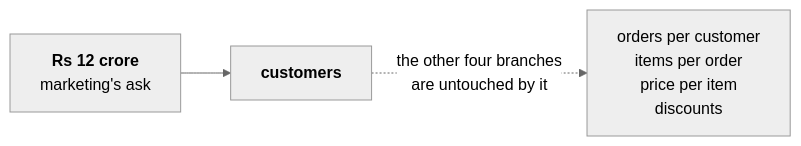
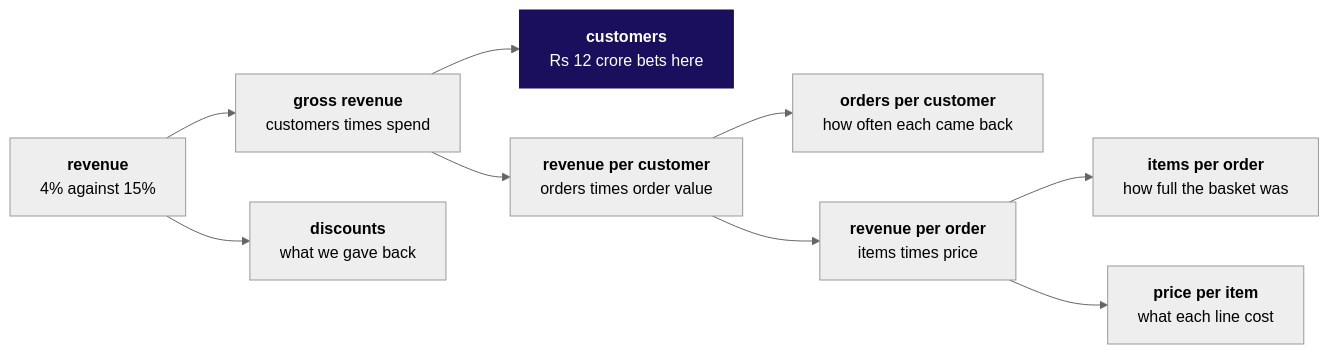
One commit to fde-academy-lab/c2-content-factory changed the fourth of 7 diagrams in content/W01/D1/slides/C2_W01_D01_half1_STUDENT.md. Above: the diagram before and after it, drawn with Mermaid (neutral theme). The commit also changed other lines of this file and 3 other files, not shown here.

````diff
--- a/content/W01/D1/slides/C2_W01_D01_half1_STUDENT.md
+++ b/content/W01/D1/slides/C2_W01_D01_half1_STUDENT.md
@@ -110,5 +274,13 @@
 ```mermaid
 flowchart LR
-    M["<b>Rs 12 crore</b><br/>marketing's ask"] --> C["<b>customers</b>"]
-    C -.->|"the other four branches<br/>are untouched by it"| X["orders per customer<br/>items per order<br/>price per item<br/>discounts"]
+    R["<b>revenue</b><br/>4% against 15%"] --> G["<b>gross revenue</b><br/>customers times spend"]
+    R --> D["<b>discounts</b><br/>what we gave back"]
+    G --> C["<b>customers</b><br/>Rs 12 crore bets here"]
+    G --> V["<b>revenue per customer</b><br/>orders times order value"]
+    V --> F["<b>orders per customer</b><br/>how often each came back"]
+    V --> O["<b>revenue per order</b><br/>items times price"]
+    O --> B["<b>items per order</b><br/>how full the basket was"]
+    O --> P["<b>price per item</b><br/>what each line cost"]
+    classDef bet fill:#1A0F5C,stroke:#1A0F5C,color:#FFFFFF
+    class C bet
 ```
````
